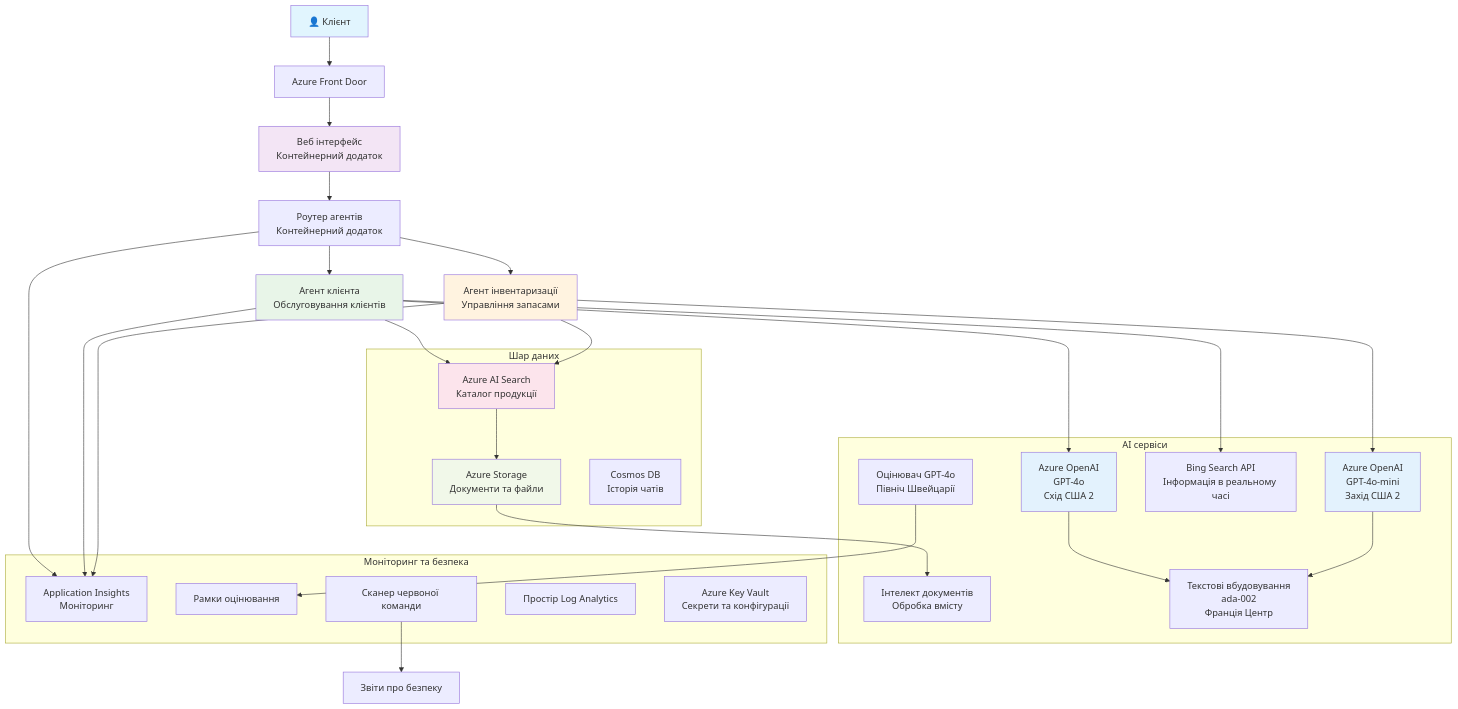
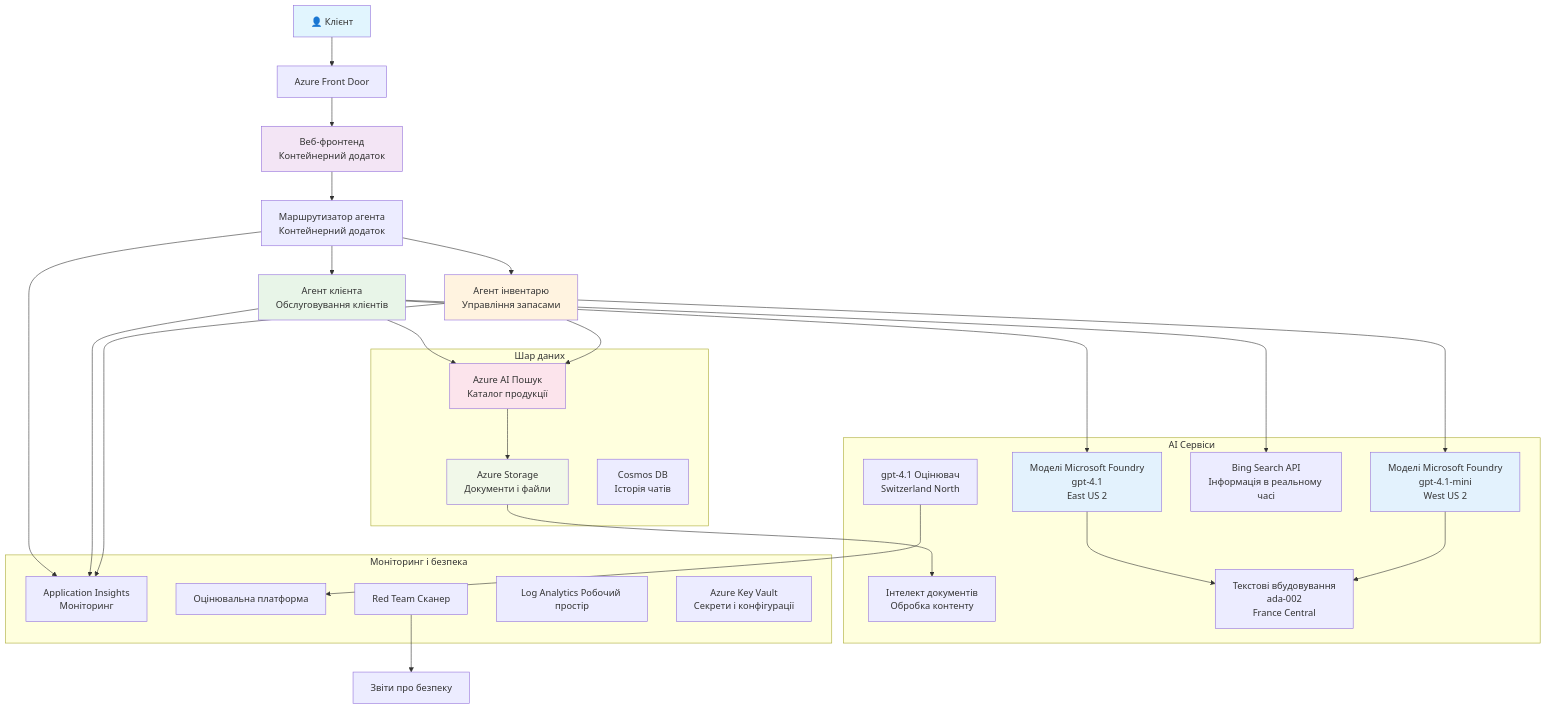
The diagram in translations/uk/examples/retail-scenario.md (microsoft/AZD-for-beginners), drawn with Mermaid before and after one commit. The commit also changed other lines of this file and 101 other files, not shown here.

````diff
--- a/translations/uk/examples/retail-scenario.md
+++ b/translations/uk/examples/retail-scenario.md
@@ -139,61 +139,61 @@
 ```mermaid
 graph TB
     User[👤 Клієнт] --> LB[Azure Front Door]
-    LB --> WebApp[Веб інтерфейс<br/>Контейнерний додаток]
+    LB --> WebApp[Веб-фронтенд<br/>Контейнерний додаток]
     
-    WebApp --> Router[Роутер агентів<br/>Контейнерний додаток]
+    WebApp --> Router[Маршрутизатор агента<br/>Контейнерний додаток]
     Router --> CustomerAgent[Агент клієнта<br/>Обслуговування клієнтів]
-    Router --> InvAgent[Агент інвентаризації<br/>Управління запасами]
+    Router --> InvAgent[Агент інвентарю<br/>Управління запасами]
     
-    CustomerAgent --> OpenAI1[Azure OpenAI<br/>GPT-4o<br/>Схід США 2]
-    InvAgent --> OpenAI2[Azure OpenAI<br/>GPT-4o-mini<br/>Захід США 2]
+    CustomerAgent --> OpenAI1[Моделі Microsoft Foundry<br/>gpt-4.1<br/>East US 2]
+    InvAgent --> OpenAI2[Моделі Microsoft Foundry<br/>gpt-4.1-mini<br/>West US 2]
     
-    CustomerAgent --> AISearch[Azure AI Search<br/>Каталог продукції]
+    CustomerAgent --> AISearch[Azure AI Пошук<br/>Каталог продукції]
     CustomerAgent --> BingSearch[Bing Search API<br/>Інформація в реальному часі]
     InvAgent --> AISearch
     
-    AISearch --> Storage[Azure Storage<br/>Документи та файли]
-    Storage --> DocIntel[Інтелект документів<br/>Обробка вмісту]
+    AISearch --> Storage[Azure Storage<br/>Документи і файли]
+    Storage --> DocIntel[Інтелект документів<br/>Обробка контенту]
     
-    OpenAI1 --> Embeddings[Текстові вбудовування<br/>ada-002<br/>Франція Центр]
+    OpenAI1 --> Embeddings[Текстові вбудовування<br/>ada-002<br/>France Central]
     OpenAI2 --> Embeddings
     
     Router --> AppInsights[Application Insights<br/>Моніторинг]
     CustomerAgent --> AppInsights
     InvAgent --> AppInsights
     
-    GraderModel[Оцінювач GPT-4o<br/>Північ Швейцарії] --> Evaluation[Рамки оцінювання]
-    RedTeam[Сканер червоної команди] --> SecurityReports[Звіти про безпеку]
+    GraderModel[gpt-4.1 Оцінювач<br/>Switzerland North] --> Evaluation[Оцінювальна платформа]
+    RedTeam[Red Team Сканер] --> SecurityReports[Звіти про безпеку]
     
     subgraph "Шар даних"
         Storage
         AISearch
         CosmosDB[Cosmos DB<br/>Історія чатів]
     end
     
-    subgraph "AI сервіси"
+    subgraph "AI Сервіси"
         OpenAI1
         OpenAI2
         Embeddings
         GraderModel
         DocIntel
         BingSearch
     end
     
-    subgraph "Моніторинг та безпека"
+    subgraph "Моніторинг і безпека"
         AppInsights
-        LogAnalytics[Простір Log Analytics]
-        KeyVault[Azure Key Vault<br/>Секрети та конфігурації]
+        LogAnalytics[Log Analytics Робочий простір]
+        KeyVault[Azure Key Vault<br/>Секрети і конфігурації]
         RedTeam
         Evaluation
     end
     
     style User fill:#e1f5fe
     style WebApp fill:#f3e5f5
     style CustomerAgent fill:#e8f5e8
     style InvAgent fill:#fff3e0
     style OpenAI1 fill:#e3f2fd
     style OpenAI2 fill:#e3f2fd
     style AISearch fill:#fce4ec
     style Storage fill:#f1f8e9
 ```  
````
